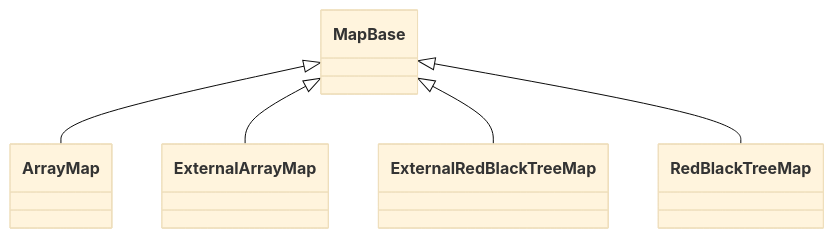
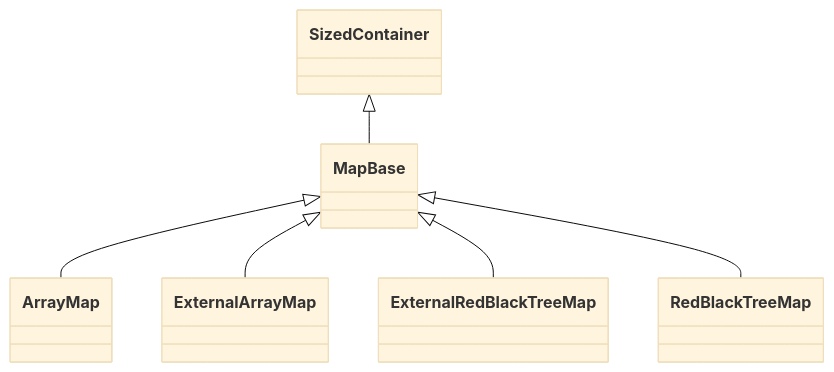
Before and after one commit to nasa/fprime: the third of 4 diagrams in Fw/DataStructures/docs/sdd.md, drawn with Mermaid (base theme). The commit also changed other lines of this file, not shown here.

````diff
--- a/Fw/DataStructures/docs/sdd.md
+++ b/Fw/DataStructures/docs/sdd.md
@@ -114,7 +122,8 @@
 ```mermaid
 classDiagram
+    SizedContainer <|-- MapBase
     MapBase <|-- ArrayMap
     MapBase <|-- ExternalArrayMap
     MapBase <|-- ExternalRedBlackTreeMap
     MapBase <|-- RedBlackTreeMap
 ```
````
